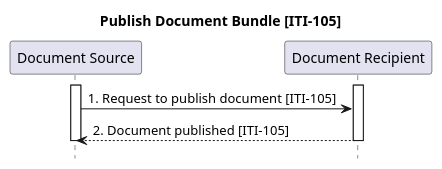
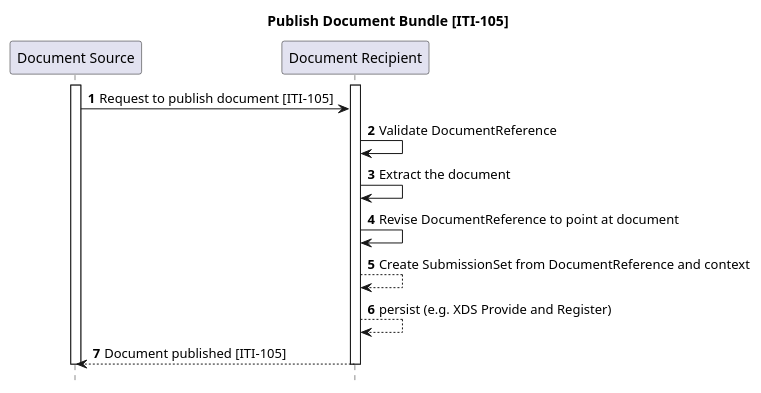
Before and after one commit to IHE/ITI.MHD: the diagram in input/images-source/ITI-105-seq.plantuml, drawn with PlantUML. The commit also changed 4 other files, not shown here.

```diff
--- a/input/images-source/ITI-105-seq.plantuml
+++ b/input/images-source/ITI-105-seq.plantuml
@@ -1,12 +1,18 @@
 @startuml
 title Publish Document Bundle [ITI-105]
 hide footbox
 participant "Document Source" as DocumentSource
 participant "Document Recipient" as DocumentRecipient
-activate "DocumentSource"
-activate "DocumentRecipient"
-"DocumentSource" -> "DocumentRecipient" : 1. Request to publish document [ITI-105]
-"DocumentRecipient" --> "DocumentSource" : 2. Document published [ITI-105]
-deactivate "DocumentSource"
-deactivate "DocumentRecipient"
+autonumber
+activate DocumentSource
+activate DocumentRecipient
+DocumentSource -> DocumentRecipient : Request to publish document [ITI-105]
+DocumentRecipient -> DocumentRecipient : Validate DocumentReference
+DocumentRecipient -> DocumentRecipient : Extract the document
+DocumentRecipient -> DocumentRecipient : Revise DocumentReference to point at document 
+DocumentRecipient --> DocumentRecipient : Create SubmissionSet from DocumentReference and context
+DocumentRecipient --> DocumentRecipient : persist (e.g. XDS Provide and Register)
+DocumentRecipient --> DocumentSource : Document published [ITI-105]
+deactivate DocumentSource
+deactivate DocumentRecipient
 @enduml
```
